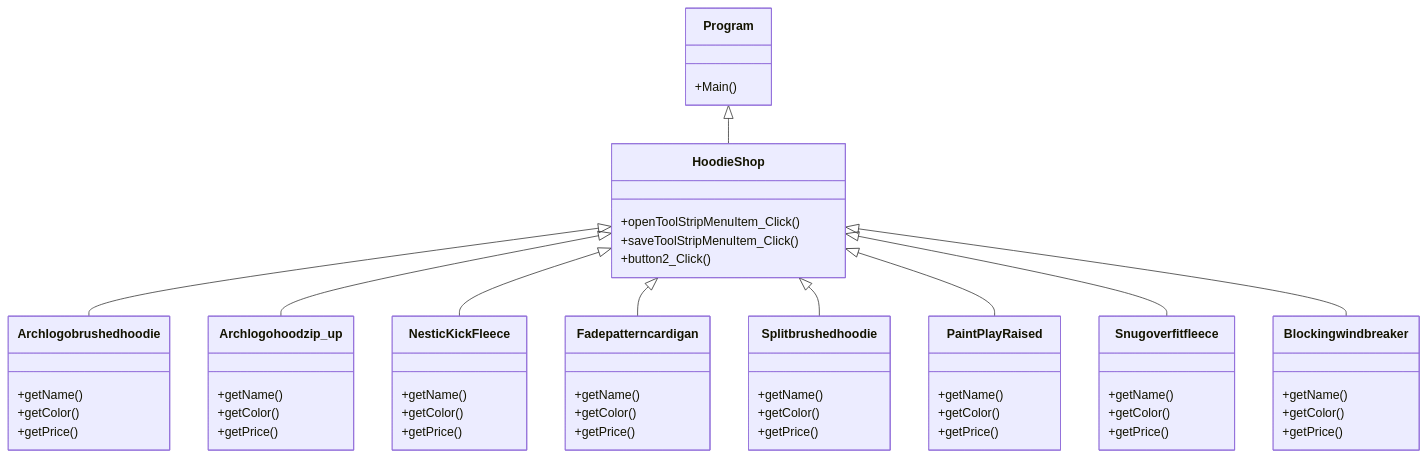
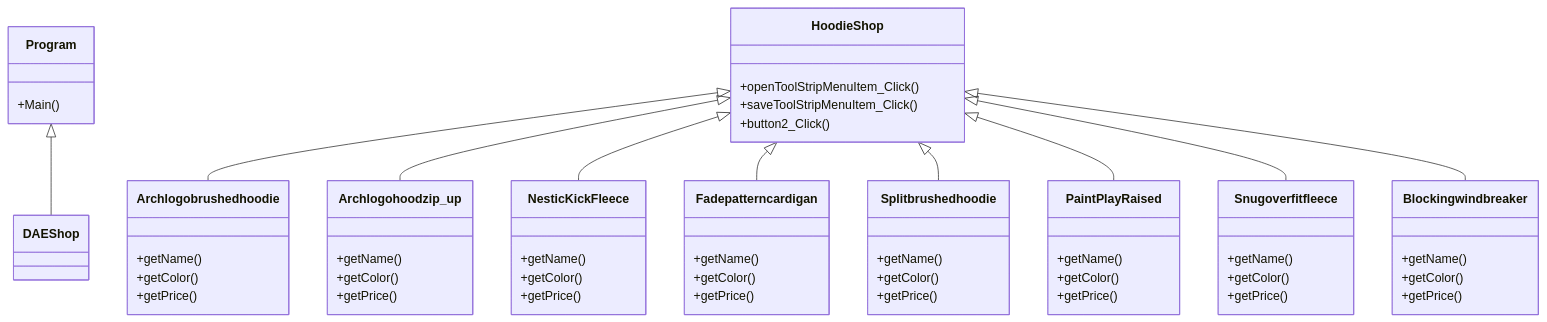
The diagram in README.md (Natthawan31/Project-Nattawan), drawn with Mermaid before and after one commit. The commit also changed other lines of this file, not shown here.

````diff
--- a/README.md
+++ b/README.md
@@ -13,59 +13,59 @@
 ```mermaid
 classDiagram
-    Program <|-- HoodieShop
+    Program <|-- DAEShop
     HoodieShop <|-- Archlogobrushedhoodie
     HoodieShop <|-- Archlogohoodzip_up
     HoodieShop <|-- NesticKickFleece
     HoodieShop <|-- Fadepatterncardigan
     HoodieShop <|-- Splitbrushedhoodie
     HoodieShop <|-- PaintPlayRaised
     HoodieShop <|-- Snugoverfitfleece
     HoodieShop <|-- Blockingwindbreaker
     Program : +Main()
     class HoodieShop{
         +openToolStripMenuItem_Click()
         +saveToolStripMenuItem_Click()
         +button2_Click()
     }
     class Archlogobrushedhoodie{
         +getName()
         +getColor()
         +getPrice()
         
     }
     class Archlogohoodzip_up{
         +getName()
         +getColor()
         +getPrice()
     }
     class NesticKickFleece{
         +getName()
         +getColor()
         +getPrice()    
     }
     class Fadepatterncardigan{
         +getName()
         +getColor()
         +getPrice()
     }
     class Splitbrushedhoodie{
         +getName()
         +getColor()
         +getPrice()
     }
     class PaintPlayRaised{
         +getName()
         +getColor()
         +getPrice()
     }
     class Snugoverfitfleece{
         +getName()
         +getColor()
         +getPrice()
     }
     class Blockingwindbreaker{
         +getName()
         +getColor()
         +getPrice()
     }
 ```
````
